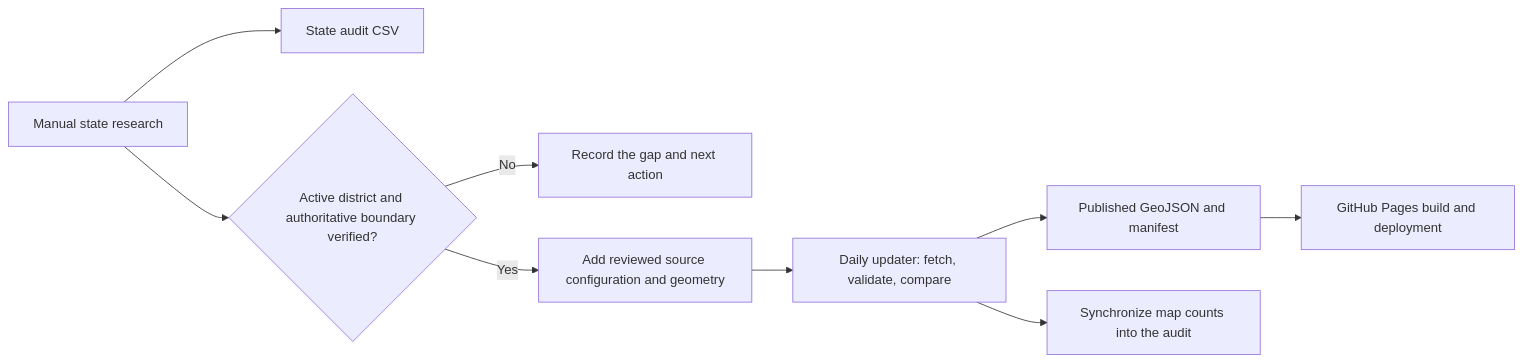
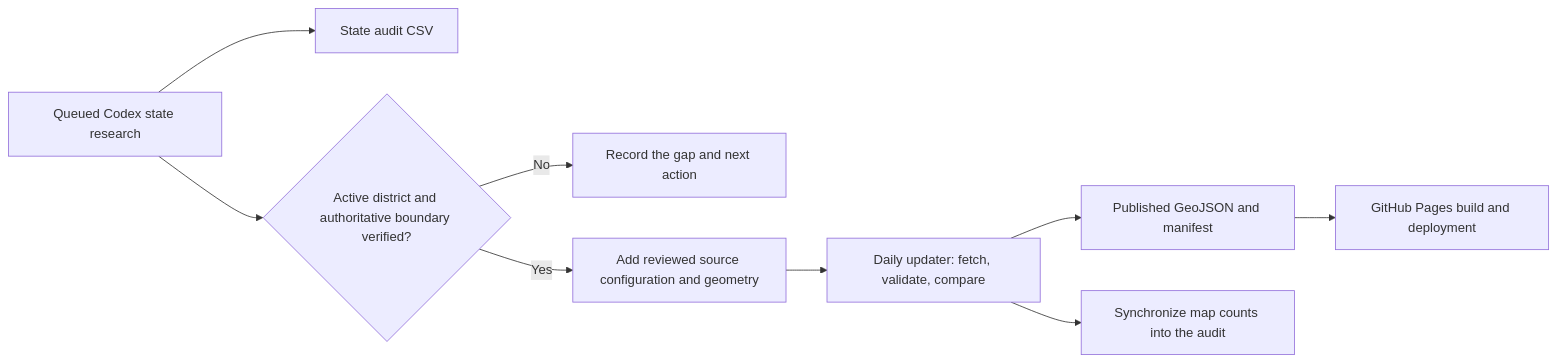
Before and after one commit to afotherg/bid-atlas: the diagram in docs/data-operations.md, drawn with Mermaid. The commit also changed other lines of this file and 6 other files, not shown here.

````diff
--- a/docs/data-operations.md
+++ b/docs/data-operations.md
@@ -9,11 +9,11 @@
 ```mermaid
 flowchart LR
-  A["Manual state research"] --> B["State audit CSV"]
+  A["Queued Codex state research"] --> B["State audit CSV"]
   A --> C{"Active district and authoritative boundary verified?"}
   C -->|"No"| D["Record the gap and next action"]
   C -->|"Yes"| E["Add reviewed source configuration and geometry"]
   E --> F["Daily updater: fetch, validate, compare"]
   F --> G["Published GeoJSON and manifest"]
   G --> H["GitHub Pages build and deployment"]
   F --> I["Synchronize map counts into the audit"]
 ```
````
